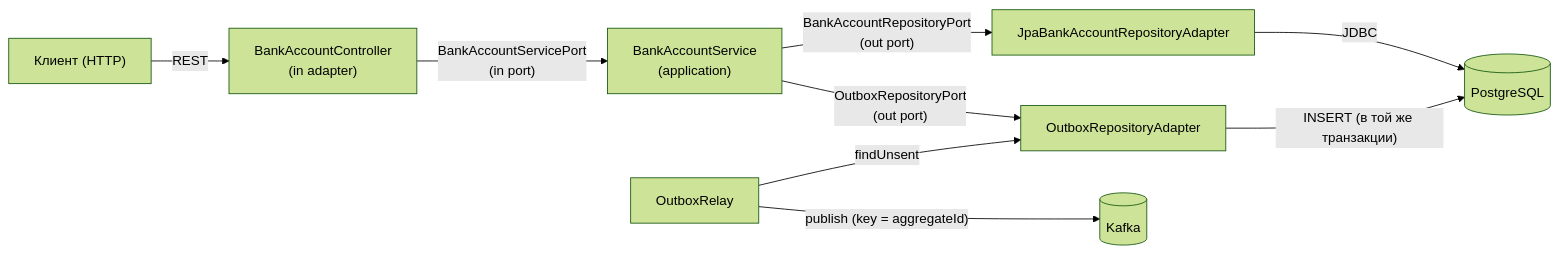
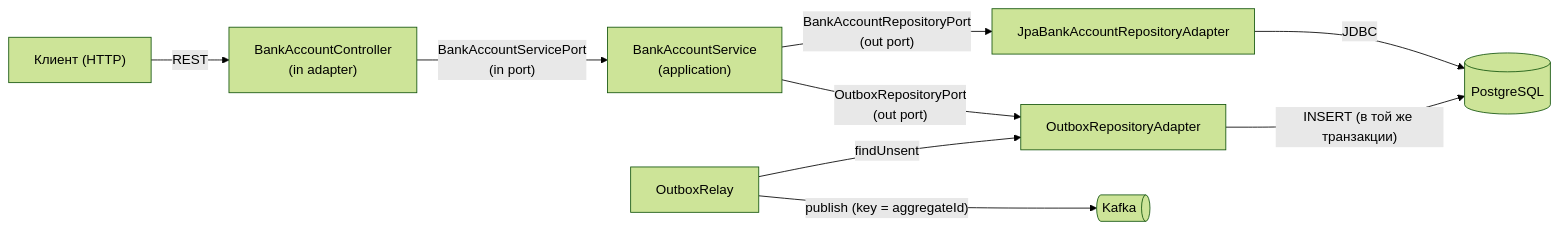
One commit to kuzminal/Bank-Account-Hexagonal-Service changed the diagram in ReadMe.md. Above: the diagram before and after it, drawn with Mermaid (forest theme).

Commit message:
Обновил ReadMe

````diff
--- a/ReadMe.md
+++ b/ReadMe.md
@@ -33,14 +33,14 @@
 ```mermaid
 flowchart LR
     Client["Клиент (HTTP)"] -->|"REST"| Ctrl["BankAccountController<br/>(in adapter)"]
     Ctrl -->|"BankAccountServicePort<br/>(in port)"| Svc["BankAccountService<br/>(application)"]
 
     Svc -->|"BankAccountRepositoryPort<br/>(out port)"| Repo["JpaBankAccountRepositoryAdapter"]
     Svc -->|"OutboxRepositoryPort<br/>(out port)"| Outbox["OutboxRepositoryAdapter"]
 
     Repo -->|"JDBC"| PG[("PostgreSQL")]
     Outbox -->|"INSERT (в той же транзакции)"| PG
 
     Relay["OutboxRelay"] -->|"findUnsent"| Outbox
-    Relay -->|"publish (key = aggregateId)"| KF[("Kafka")]
+    Relay -->|"publish (key = aggregateId)"| KF@{ shape: das, label: "Kafka" }
 ```
````
